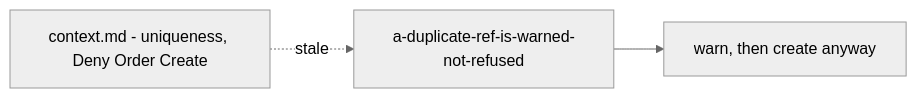
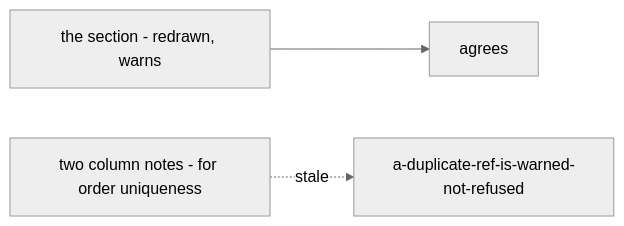
Before and after one commit to pdcgo/warehouse_revamp: the third of 7 diagrams in docs/business/order/context_clarify.md, drawn with Mermaid (neutral theme). The commit also changed other lines of this file and 6 other files, not shown here.

First line of the commit message:
docs(order): order context closed — who moves each status, the redrawn status move and creation flow

````diff
--- a/docs/business/order/context_clarify.md
+++ b/docs/business/order/context_clarify.md
@@ -349,5 +288,5 @@
 ```mermaid
 flowchart LR
-  S["context.md - uniqueness, Deny Order Create"] -.->|"stale"| D["a-duplicate-ref-is-warned-not-refused"]
-  D --> W["warn, then create anyway"]
+  S["the section - redrawn, warns"] --> OK["agrees"]
+  C["two column notes - for order uniqueness"] -.->|"stale"| D["a-duplicate-ref-is-warned-not-refused"]
 ```
````
